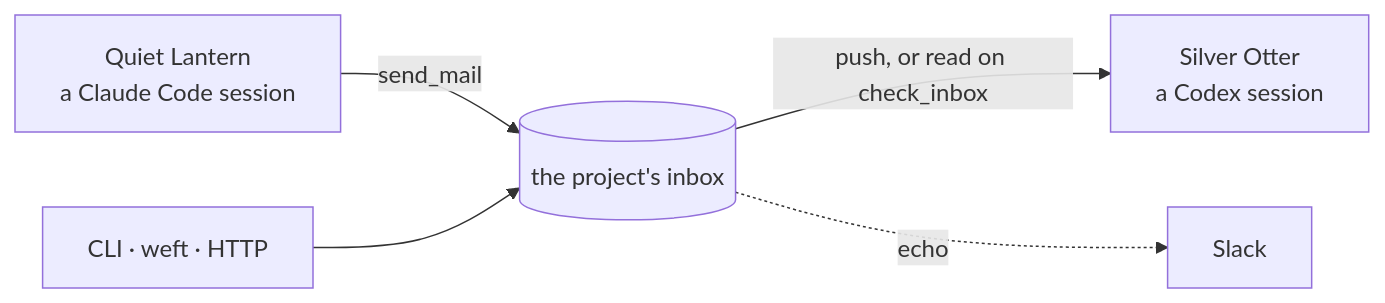
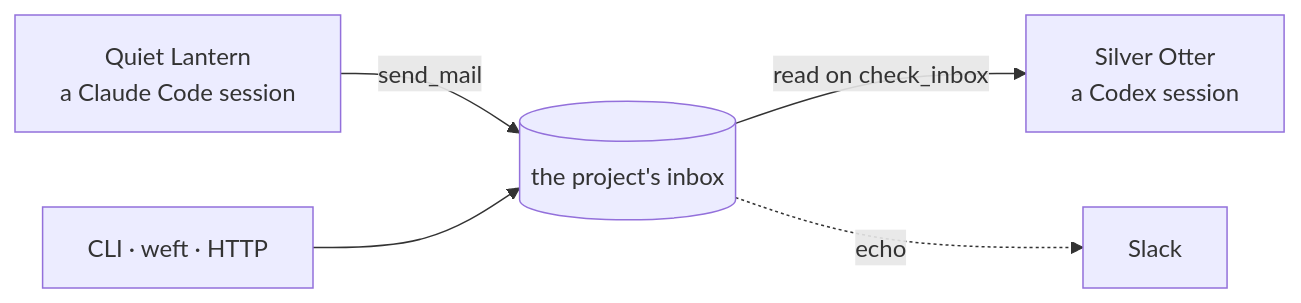
One commit to osteele/agent-loom changed the diagram in README.md. Above: the diagram before and after it, drawn with Mermaid. The commit also changed other lines of this file and 4 other files, not shown here.

````diff
--- a/README.md
+++ b/README.md
@@ -13,7 +14,7 @@
 ```mermaid
 graph LR
     QL["Quiet Lantern<br/>a Claude Code session"] -->|send_mail| IN[("the project's inbox")]
     AUTO["CLI · weft · HTTP"] --> IN
-    IN -->|"push, or read on check_inbox"| SO["Silver Otter<br/>a Codex session"]
+    IN -->|"read on check_inbox"| SO["Silver Otter<br/>a Codex session"]
     IN -.->|echo| SLACK["Slack"]
 ```
````
